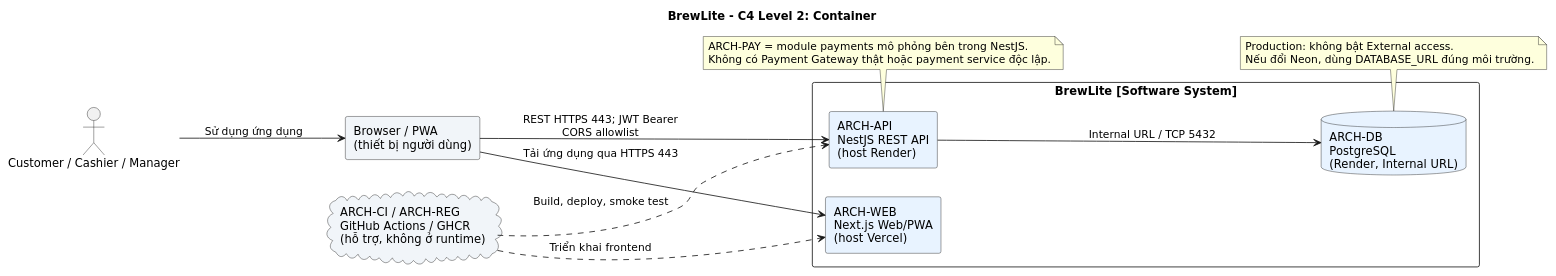
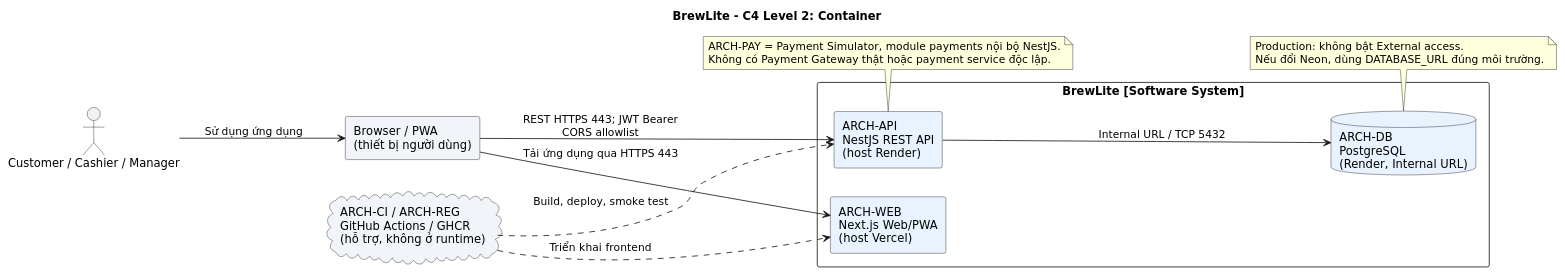
One commit to vophong8989/brewlite changed the diagram in docs/diagrams/c4-container.puml. Above: the diagram before and after it, drawn with PlantUML. The commit also changed 24 other files, not shown here.

Commit message:
docs: update Sprint 2 requirements architecture and UML diagrams

```diff
--- a/docs/diagrams/c4-container.puml
+++ b/docs/diagrams/c4-container.puml
@@ -1,32 +1,32 @@
 @startuml
 ' BrewLite - C4 Level 2 - Runtime Containers
 ' Không dùng node Vercel/Render như ranh giới C4; nền tảng triển khai ở Task 3.2.
 title BrewLite - C4 Level 2: Container
 left to right direction
 skinparam backgroundColor #FFFFFF
 skinparam shadowing false
 skinparam componentStyle rectangle
 skinparam defaultFontName "DejaVu Sans"
 actor "Customer / Cashier / Manager" as U
 rectangle "Browser / PWA\n(thiết bị người dùng)" as BROWSER #F1F5F9
 rectangle "BrewLite [Software System]" as BREWLITE {
   component "ARCH-WEB\nNext.js Web/PWA\n(host Vercel)" as WEB #E8F3FF
   component "ARCH-API\nNestJS REST API\n(host Render)" as API #E8F3FF
   database "ARCH-DB\nPostgreSQL\n(Render, Internal URL)" as DB #E8F3FF
 }
 cloud "ARCH-CI / ARCH-REG\nGitHub Actions / GHCR\n(hỗ trợ, không ở runtime)" as CI #F1F5F9
 U --> BROWSER : Sử dụng ứng dụng
 BROWSER --> WEB : Tải ứng dụng qua HTTPS 443
 BROWSER --> API : REST HTTPS 443; JWT Bearer\nCORS allowlist
 API --> DB : Internal URL / TCP 5432
 CI ..> WEB : Triển khai frontend
 CI ..> API : Build, deploy, smoke test
 note bottom of API
-  ARCH-PAY = module payments mô phỏng bên trong NestJS.
+  ARCH-PAY = Payment Simulator, module payments nội bộ NestJS.
   Không có Payment Gateway thật hoặc payment service độc lập.
 end note
 note bottom of DB
   Production: không bật External access.
   Nếu đổi Neon, dùng DATABASE_URL đúng môi trường.
 end note
 @enduml
```
